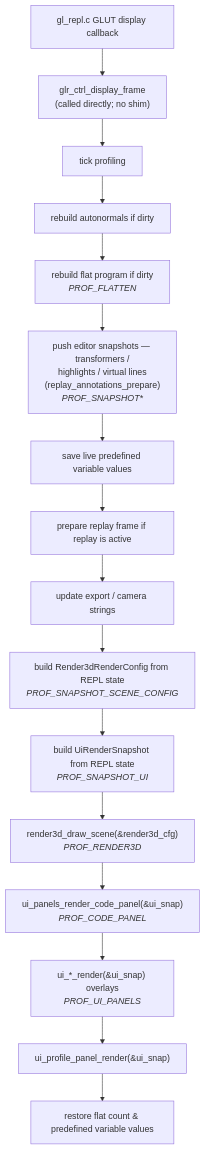
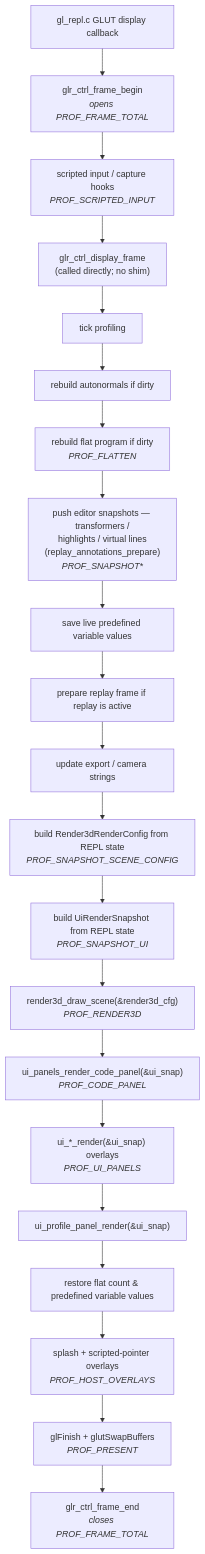
One commit to drewwoods/gl-repl changed the first of 2 diagrams in docs/ARCHITECTURE.md. Above: the diagram before and after it, drawn with Mermaid. The commit also changed other lines of this file and 8 other files, not shown here.

````diff
--- a/docs/ARCHITECTURE.md
+++ b/docs/ARCHITECTURE.md
@@ -130,18 +130,23 @@
 ```mermaid
 flowchart TD
-    cb["gl_repl.c GLUT display callback"] --> frame["glr_ctrl_display_frame<br/>(called directly; no shim)"]
+    cb["gl_repl.c GLUT display callback"] --> fb["glr_ctrl_frame_begin<br/><i>opens PROF_FRAME_TOTAL</i>"]
+    fb --> si["scripted input / capture hooks<br/><i>PROF_SCRIPTED_INPUT</i>"]
+    si --> frame["glr_ctrl_display_frame<br/>(called directly; no shim)"]
     frame --> s1["tick profiling"]
     s1 --> s2["rebuild autonormals if dirty"]
     s2 --> s3["rebuild flat program if dirty<br/><i>PROF_FLATTEN</i>"]
     s3 --> s4["push editor snapshots — transformers /<br/>highlights / virtual lines<br/>(replay_annotations_prepare)<br/><i>PROF_SNAPSHOT*</i>"]
     s4 --> s5["save live predefined variable values"]
     s5 --> s6["prepare replay frame if replay is active"]
     s6 --> s7["update export / camera strings"]
     s7 --> s8["build Render3dRenderConfig from REPL state<br/><i>PROF_SNAPSHOT_SCENE_CONFIG</i>"]
     s8 --> s9["build UiRenderSnapshot from REPL state<br/><i>PROF_SNAPSHOT_UI</i>"]
     s9 --> s10["render3d_draw_scene(&render3d_cfg)<br/><i>PROF_RENDER3D</i>"]
     s10 --> s11["ui_panels_render_code_panel(&ui_snap)<br/><i>PROF_CODE_PANEL</i>"]
     s11 --> s12["ui_*_render(&ui_snap) overlays<br/><i>PROF_UI_PANELS</i>"]
     s12 --> s13["ui_profile_panel_render(&ui_snap)"]
     s13 --> s14["restore flat count & predefined variable values"]
+    s14 --> h1["splash + scripted-pointer overlays<br/><i>PROF_HOST_OVERLAYS</i>"]
+    h1 --> h2["glFinish + glutSwapBuffers<br/><i>PROF_PRESENT</i>"]
+    h2 --> fe["glr_ctrl_frame_end<br/><i>closes PROF_FRAME_TOTAL</i>"]
 ```
````
